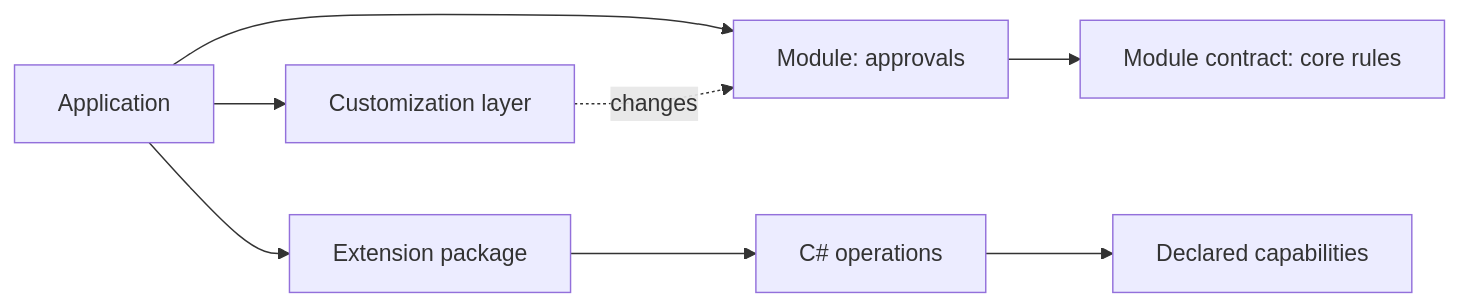
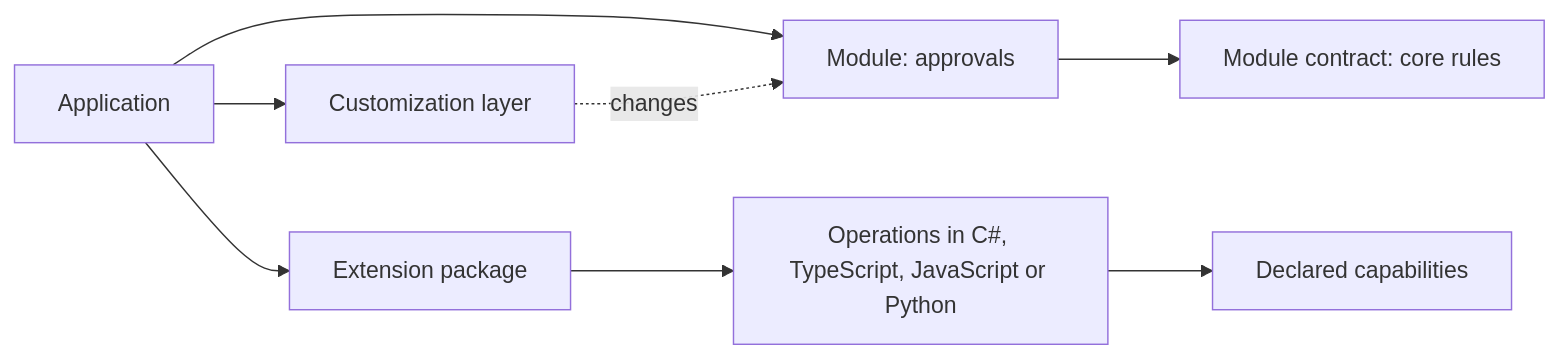
The eighth of 8 diagrams in docs/how-axis-works.md (phuongnse/axis), drawn with Mermaid before and after one commit. The commit also changed other lines of this file and 24 other files, not shown here.

````diff
--- a/docs/how-axis-works.md
+++ b/docs/how-axis-works.md
@@ -218,10 +219,10 @@
 ```mermaid
 flowchart LR
     App["Application"] --> Module["Module: approvals"]
     App --> Layer["Customization layer"]
     Layer -. "changes" .-> Module
     Module --> Contract["Module contract: core rules"]
     App --> Package["Extension package"]
-    Package --> Ops["C# operations"]
+    Package --> Ops["Operations in C#, TypeScript, JavaScript or Python"]
     Ops --> Caps["Declared capabilities"]
 ```
````
